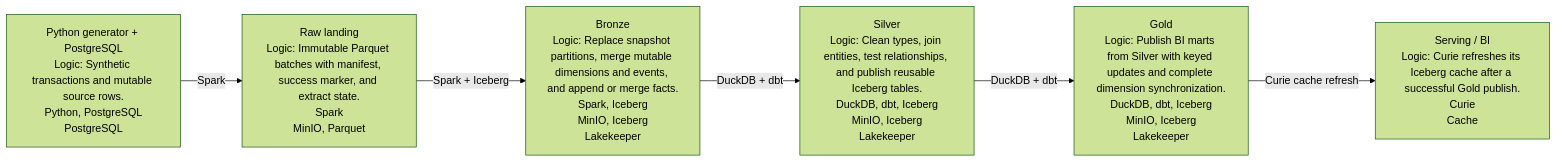
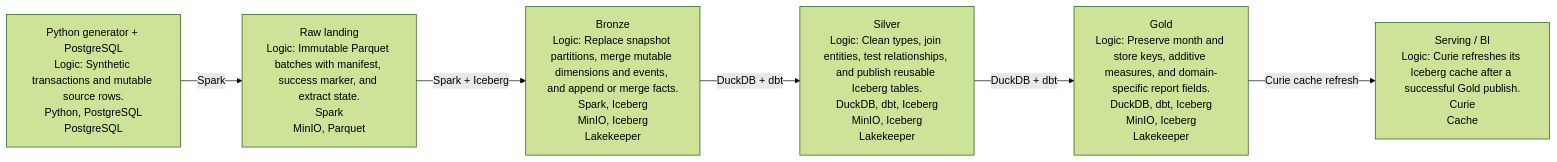
One commit to AntonMiniazev/ampere_project changed the diagram in docs/dataflow/generated/project_dataflow.md. Above: the diagram before and after it, drawn with Mermaid (forest theme). The commit also changed 38 other files, not shown here.

````diff
--- a/docs/dataflow/generated/project_dataflow.md
+++ b/docs/dataflow/generated/project_dataflow.md
@@ -5,15 +5,15 @@
 ```mermaid
 flowchart LR
     L_SOURCE["Python generator + PostgreSQL<br/>Logic: Synthetic transactions and mutable source rows.<br/>Python, PostgreSQL<br/>PostgreSQL"]
     L_RAW["Raw landing<br/>Logic: Immutable Parquet batches with manifest, success marker, and extract state.<br/>Spark<br/>MinIO, Parquet"]
     L_BRONZE["Bronze<br/>Logic: Replace snapshot partitions, merge mutable dimensions and events, and append or merge facts.<br/>Spark, Iceberg<br/>MinIO, Iceberg<br/>Lakekeeper"]
     L_SILVER["Silver<br/>Logic: Clean types, join entities, test relationships, and publish reusable Iceberg tables.<br/>DuckDB, dbt, Iceberg<br/>MinIO, Iceberg<br/>Lakekeeper"]
-    L_GOLD["Gold<br/>Logic: Publish BI marts from Silver with keyed updates and complete dimension synchronization.<br/>DuckDB, dbt, Iceberg<br/>MinIO, Iceberg<br/>Lakekeeper"]
+    L_GOLD["Gold<br/>Logic: Preserve month and store keys, additive measures, and domain-specific report fields.<br/>DuckDB, dbt, Iceberg<br/>MinIO, Iceberg<br/>Lakekeeper"]
     L_SERVING["Serving / BI<br/>Logic: Curie refreshes its Iceberg cache after a successful Gold publish.<br/>Curie<br/>Cache"]
 
     L_SOURCE -->|"Spark"| L_RAW
     L_RAW -->|"Spark + Iceberg"| L_BRONZE
     L_BRONZE -->|"DuckDB + dbt"| L_SILVER
     L_SILVER -->|"DuckDB + dbt"| L_GOLD
     L_GOLD -->|"Curie cache refresh"| L_SERVING
 ```
````
